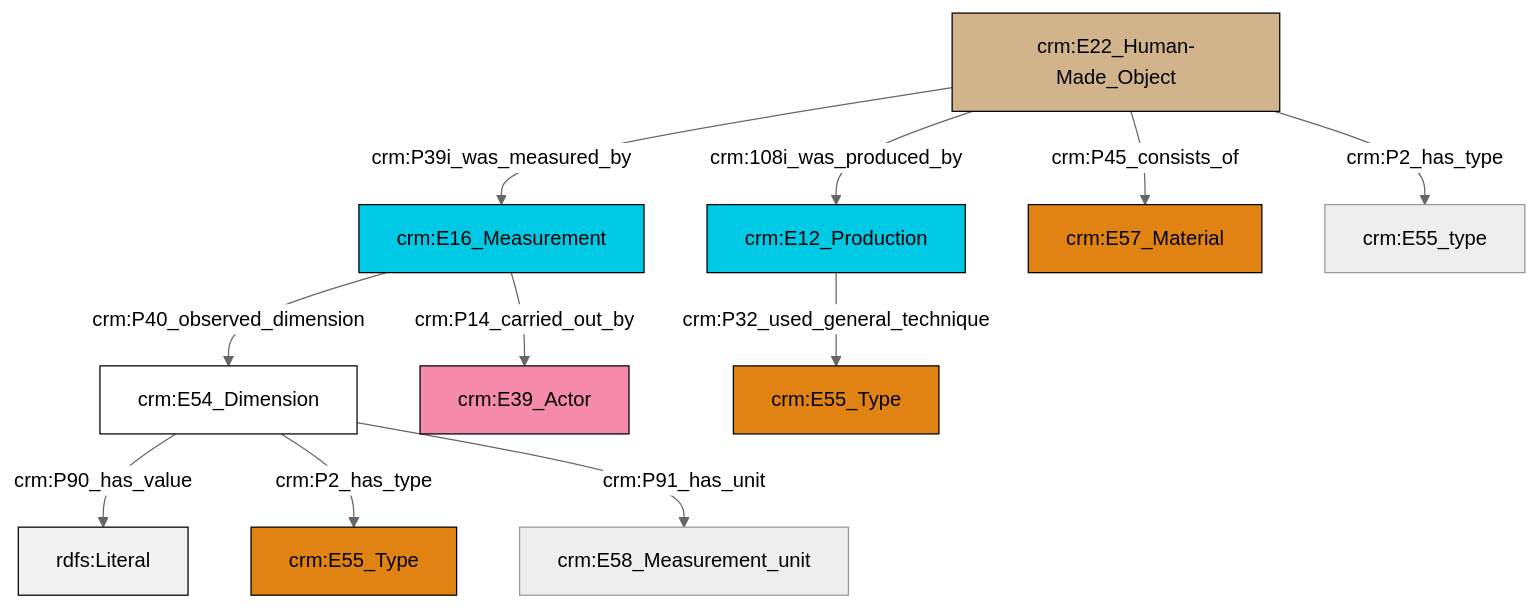
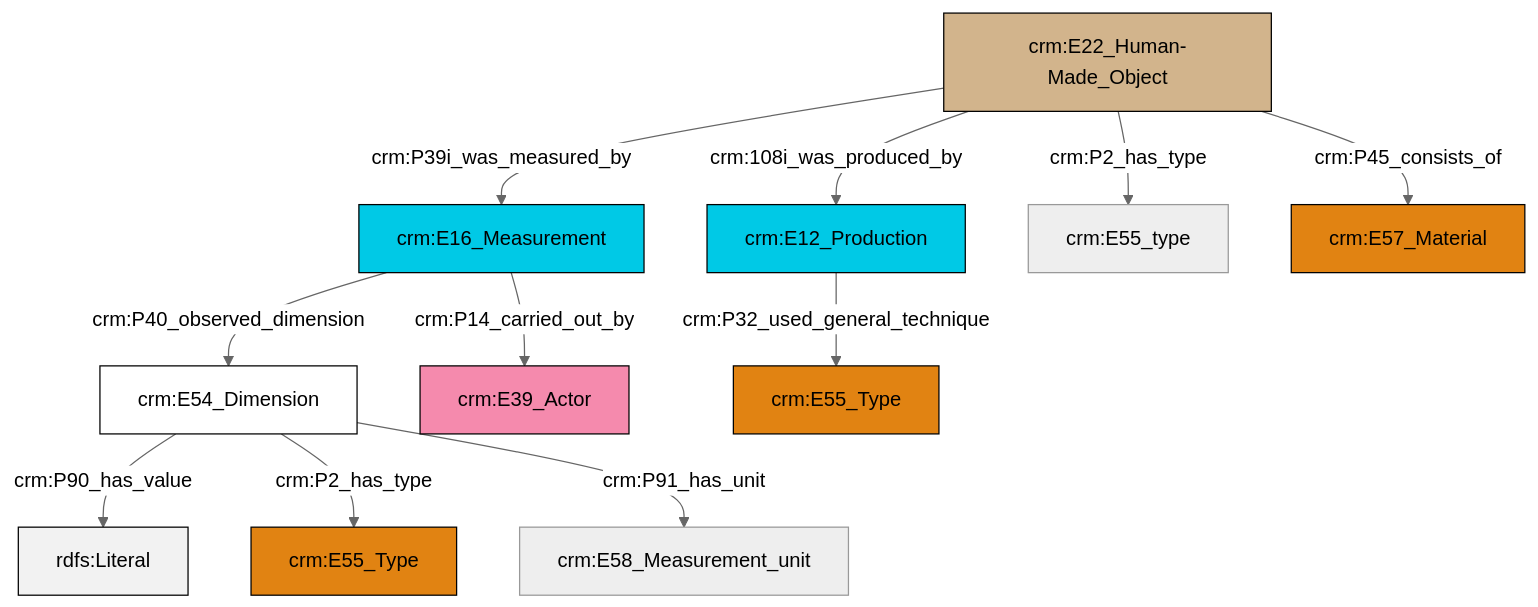
One commit to swiss-art-research-net/reference-data-models changed the diagram in et/artworkCSV/ttl/mmd/Artwork_substance.ttl.mmd. Above: the diagram before and after it, drawn with Mermaid (neutral theme). The commit also changed 126 other files, not shown here.

```diff
--- a/et/artworkCSV/ttl/mmd/Artwork_substance.ttl.mmd
+++ b/et/artworkCSV/ttl/mmd/Artwork_substance.ttl.mmd
@@ -1,25 +1,25 @@
 graph TD
 classDef Literal fill:#f2f2f2,stroke:#000000;
 classDef CRM_Entity fill:#FFFFFF,stroke:#000000;
 classDef Temporal_Entity fill:#00C9E6, stroke:#000000;
 classDef Type fill:#E18312, stroke:#000000;
 classDef Time-Span fill:#2C9C91, stroke:#000000;
 classDef Appellation fill:#FFEB7F, stroke:#000000;
 classDef Place fill:#008836, stroke:#000000;
 classDef Persistent_Item fill:#B266B2, stroke:#000000;
 classDef Conceptual_Object fill:#FFD700, stroke:#000000;
 classDef Physical_Thing fill:#D2B48C, stroke:#000000;
 classDef Actor fill:#f58aad, stroke:#000000;
 classDef PC_Classes fill:#4ce600, stroke:#000000;
 classDef Multi fill:#cccccc,stroke:#000000;
 
-6["crm:E16_Measurement"]:::Temporal_Entity -->|crm:P14_carried_out_by| 7["crm:E39_Actor"]:::Actor
-0["crm:E54_Dimension"]:::CRM_Entity -->|crm:P90_has_value| 8[rdfs:Literal]:::Literal
-2["crm:E22_Human-Made_Object"]:::Physical_Thing -->|crm:108i_was_produced_by| 12["crm:E12_Production"]:::Temporal_Entity
-2["crm:E22_Human-Made_Object"]:::Physical_Thing -->|crm:P45_consists_of| 14["crm:E57_Material"]:::Type
-6["crm:E16_Measurement"]:::Temporal_Entity -->|crm:P40_observed_dimension| 0["crm:E54_Dimension"]:::CRM_Entity
-2["crm:E22_Human-Made_Object"]:::Physical_Thing -->|crm:P2_has_type| 16["crm:E55_type"]:::Default
-12["crm:E12_Production"]:::Temporal_Entity -->|crm:P32_used_general_technique| 10["crm:E55_Type"]:::Type
-0["crm:E54_Dimension"]:::CRM_Entity -->|crm:P2_has_type| 4["crm:E55_Type"]:::Type
-2["crm:E22_Human-Made_Object"]:::Physical_Thing -->|crm:P39i_was_measured_by| 6["crm:E16_Measurement"]:::Temporal_Entity
-0["crm:E54_Dimension"]:::CRM_Entity -->|crm:P91_has_unit| 18["crm:E58_Measurement_unit"]:::Default
+0["crm:E16_Measurement"]:::Temporal_Entity -->|crm:P40_observed_dimension| 1["crm:E54_Dimension"]:::CRM_Entity
+2["crm:E22_Human-Made_Object"]:::Physical_Thing -->|crm:108i_was_produced_by| 3["crm:E12_Production"]:::Temporal_Entity
+3["crm:E12_Production"]:::Temporal_Entity -->|crm:P32_used_general_technique| 9["crm:E55_Type"]:::Type
+2["crm:E22_Human-Made_Object"]:::Physical_Thing -->|crm:P39i_was_measured_by| 0["crm:E16_Measurement"]:::Temporal_Entity
+0["crm:E16_Measurement"]:::Temporal_Entity -->|crm:P14_carried_out_by| 5["crm:E39_Actor"]:::Actor
+1["crm:E54_Dimension"]:::CRM_Entity -->|crm:P90_has_value| 15[rdfs:Literal]:::Literal
+2["crm:E22_Human-Made_Object"]:::Physical_Thing -->|crm:P45_consists_of| 10["crm:E57_Material"]:::Type
+1["crm:E54_Dimension"]:::CRM_Entity -->|crm:P2_has_type| 16["crm:E55_Type"]:::Type
+1["crm:E54_Dimension"]:::CRM_Entity -->|crm:P91_has_unit| 13["crm:E58_Measurement_unit"]:::Default
+2["crm:E22_Human-Made_Object"]:::Physical_Thing -->|crm:P2_has_type| 7["crm:E55_type"]:::Default
```
